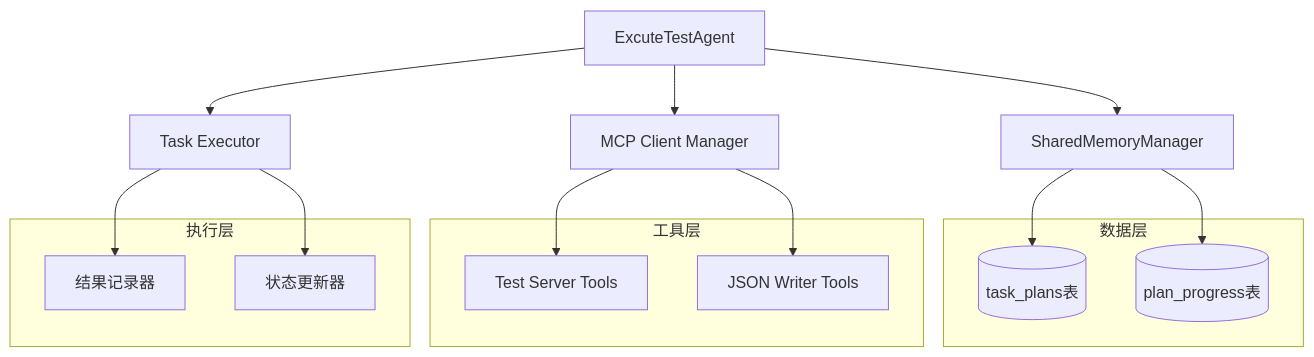
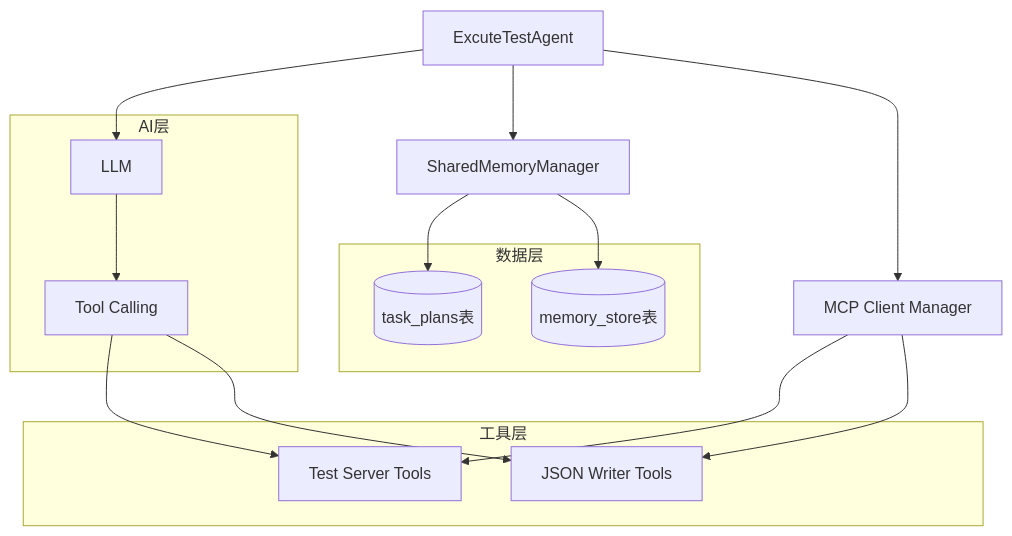
The diagram in .trae/documents/ExcuteTestAgent技术实现文档.md (zaizaizhao/AutoMate), drawn with Mermaid before and after one commit. The commit also changed other lines of this file and 4 other files, not shown here.

````diff
--- a/.trae/documents/ExcuteTestAgent技术实现文档.md
+++ b/.trae/documents/ExcuteTestAgent技术实现文档.md
@@ -11,30 +11,31 @@
 ```mermaid
 graph TD
-    A[ExcuteTestAgent] --> B[SharedMemoryManager]
-    A --> C[MCP Client Manager]
-    A --> D[Task Executor]
+    A[ExcuteTestAgent] --> B[LLM]
+    A --> C[SharedMemoryManager]
+    A --> D[MCP Client Manager]
     
-    B --> E[(task_plans表)]
-    B --> F[(plan_progress表)]
+    B --> E[Tool Calling]
+    C --> F[(task_plans表)]
+    C --> G[(memory_store表)]
     
-    C --> G[Test Server Tools]
-    C --> H[JSON Writer Tools]
+    D --> H[Test Server Tools]
+    D --> I[JSON Writer Tools]
     
-    D --> I[结果记录器]
-    D --> J[状态更新器]
+    E --> H
+    E --> I
+    
+    subgraph "AI层"
+        B
+        E
+    end
     
     subgraph "数据层"
-        E
         F
+        G
     end
     
     subgraph "工具层"
-        G
         H
-    end
-    
-    subgraph "执行层"
         I
-        J
     end
 ```
````
